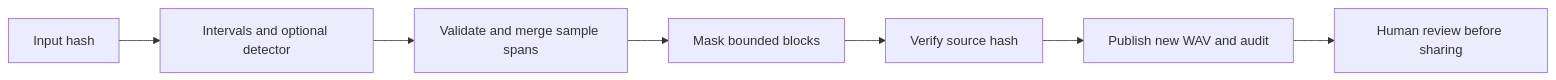
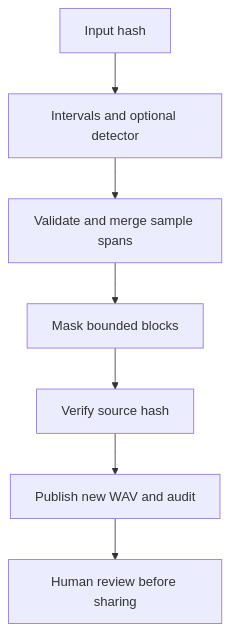
The diagram in docs/PRIVACY.md (TheColby/ecoSignalLab), drawn with Mermaid before and after one commit. The commit also changed 2 other files, not shown here.

Commit message:
Keep workflow commands and diagrams legible in printed guides

````diff
--- a/docs/PRIVACY.md
+++ b/docs/PRIVACY.md
@@ -81,9 +81,9 @@
 ```mermaid
-flowchart LR
+flowchart TD
     A["Input hash"] --> B["Intervals and optional detector"]
     B --> C["Validate and merge sample spans"]
     C --> D["Mask bounded blocks"]
     D --> E["Verify source hash"]
     E --> F["Publish new WAV and audit"]
     F --> G["Human review before sharing"]
 ```
````
